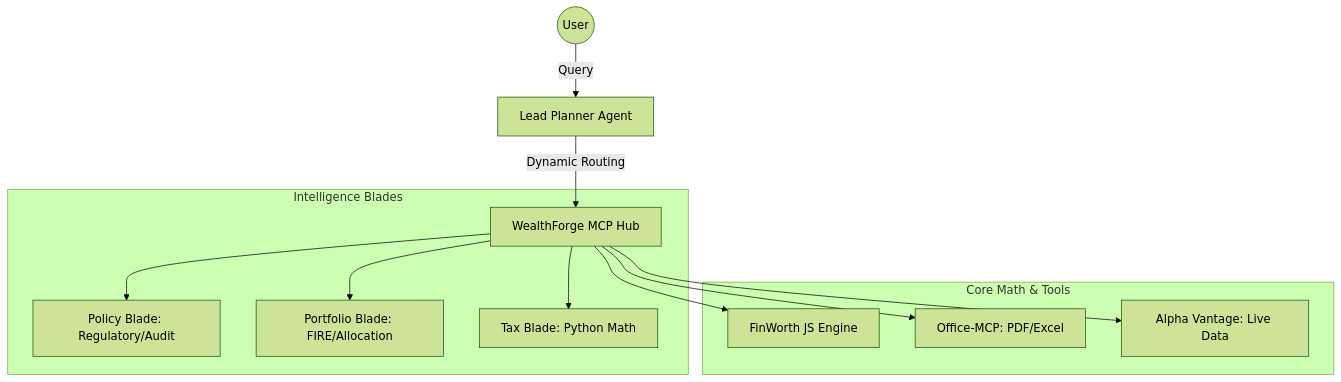
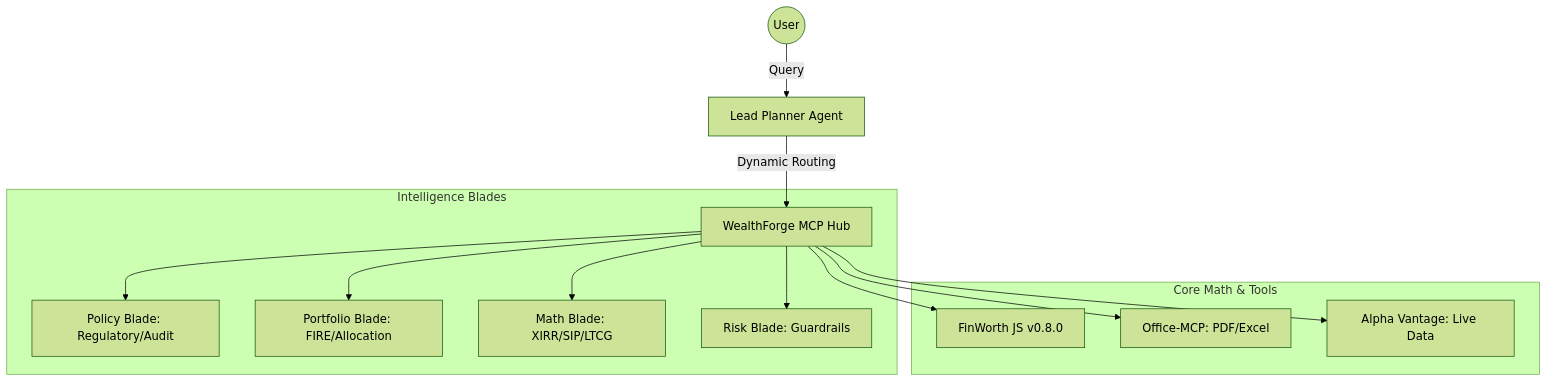
The diagram in README.md (jtibrewala/wealth-forge-ai), drawn with Mermaid (forest theme) before and after one commit. The commit also changed other lines of this file and 1 other file, not shown here.

First line of the commit message:
docs: update README and GitHub Pages for v2.0

````diff
--- a/README.md
+++ b/README.md
@@ -17,17 +17,18 @@
 ```mermaid
 graph TD
     User((User)) -->|Query| Orchestrator[Lead Planner Agent]
     Orchestrator -->|Dynamic Routing| Hub[WealthForge MCP Hub]
     
     subgraph Blades [Intelligence Blades]
         Hub --> PB[Policy Blade: Regulatory/Audit]
         Hub --> POB[Portfolio Blade: FIRE/Allocation]
-        Hub --> TB[Tax Blade: Python Math]
+        Hub --> MB[Math Blade: XIRR/SIP/LTCG]
+        Hub --> RB[Risk Blade: Guardrails]
     end
     
     subgraph Utilities [Core Math & Tools]
-        Hub --> FW[FinWorth JS Engine]
+        Hub --> FW[FinWorth JS v0.8.0]
         Hub --> OM[Office-MCP: PDF/Excel]
         Hub --> AV[Alpha Vantage: Live Data]
     end
 ```
````
